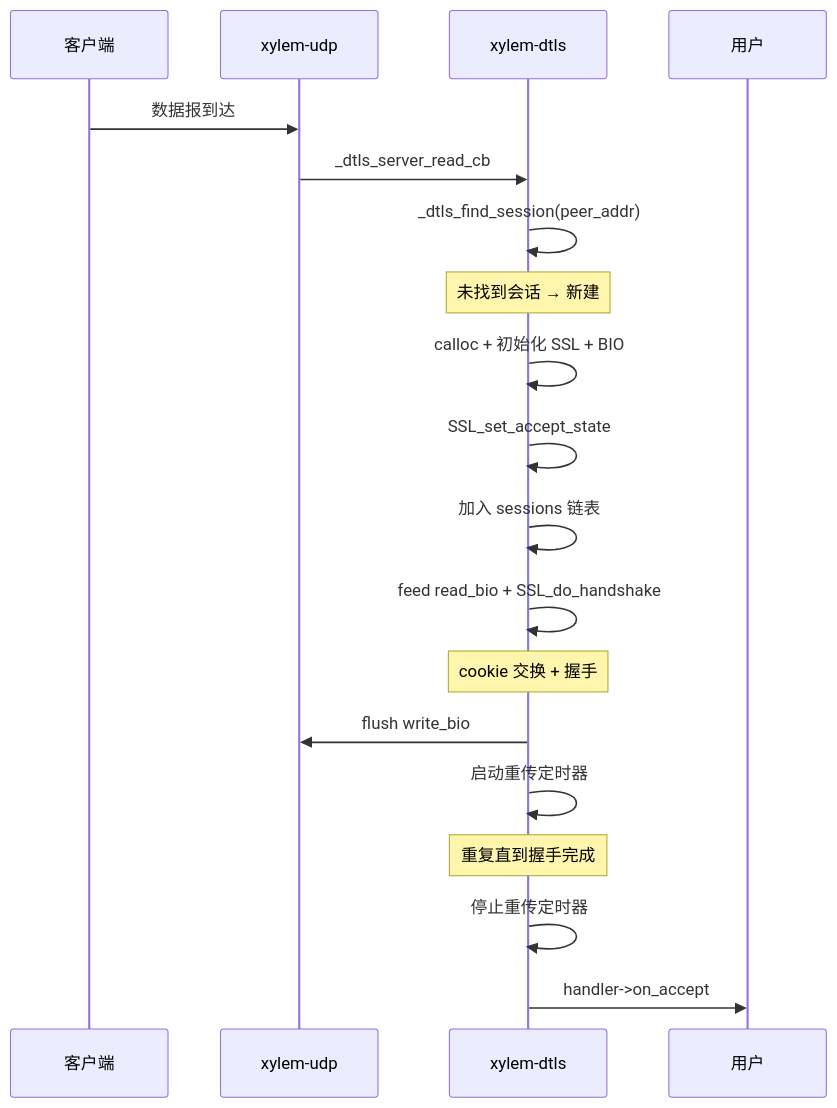
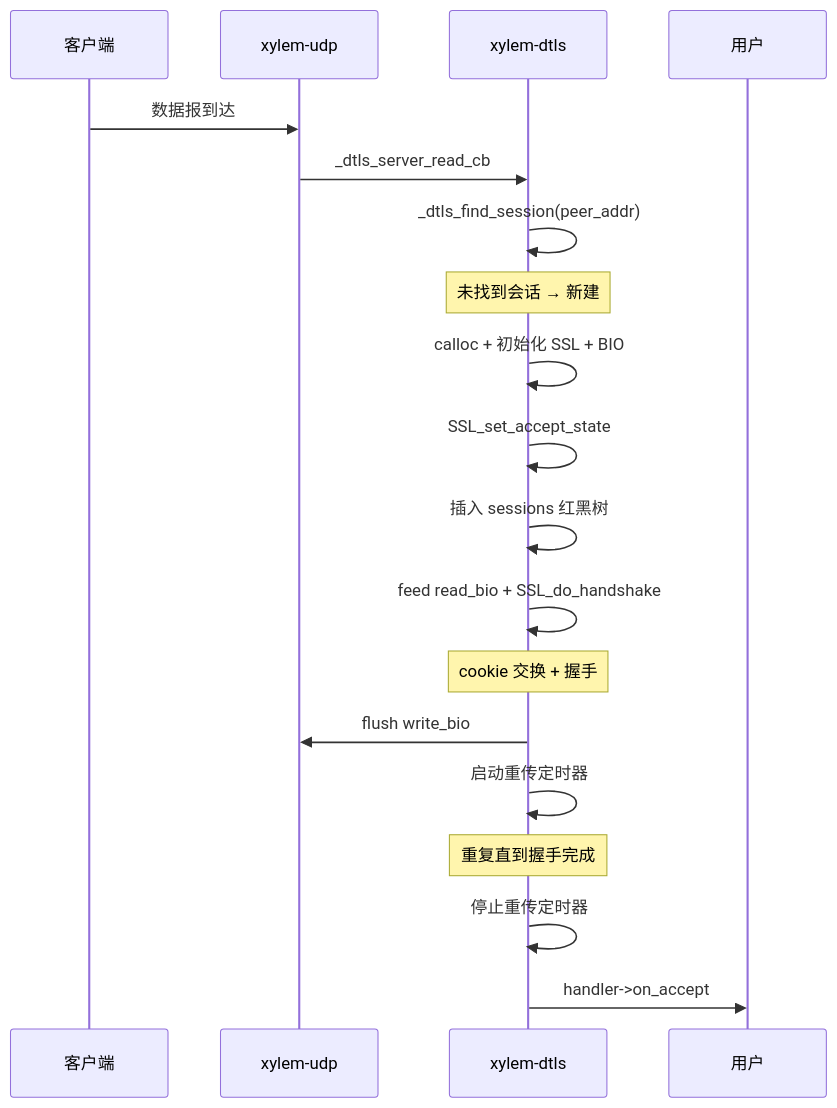
One commit to MeristemForge/Xylem changed the third of 6 diagrams in .kiro/steering/dtls-design.md. Above: the diagram before and after it, drawn with Mermaid. The commit also changed other lines of this file and 2 other files, not shown here.

````diff
--- a/.kiro/steering/dtls-design.md
+++ b/.kiro/steering/dtls-design.md
@@ -161,22 +161,22 @@
 ```mermaid
 sequenceDiagram
     participant Client as 客户端
     participant UDP as xylem-udp
     participant DTLS as xylem-dtls
     participant User as 用户
 
     Client->>UDP: 数据报到达
     UDP->>DTLS: _dtls_server_read_cb
     DTLS->>DTLS: _dtls_find_session(peer_addr)
     Note over DTLS: 未找到会话 → 新建
     DTLS->>DTLS: calloc + 初始化 SSL + BIO
     DTLS->>DTLS: SSL_set_accept_state
-    DTLS->>DTLS: 加入 sessions 链表
+    DTLS->>DTLS: 插入 sessions 红黑树
     DTLS->>DTLS: feed read_bio + SSL_do_handshake
     Note over DTLS: cookie 交换 + 握手
     DTLS->>UDP: flush write_bio
     DTLS->>DTLS: 启动重传定时器
     Note over DTLS: 重复直到握手完成
     DTLS->>DTLS: 停止重传定时器
     DTLS->>User: handler->on_accept
 ```
````
